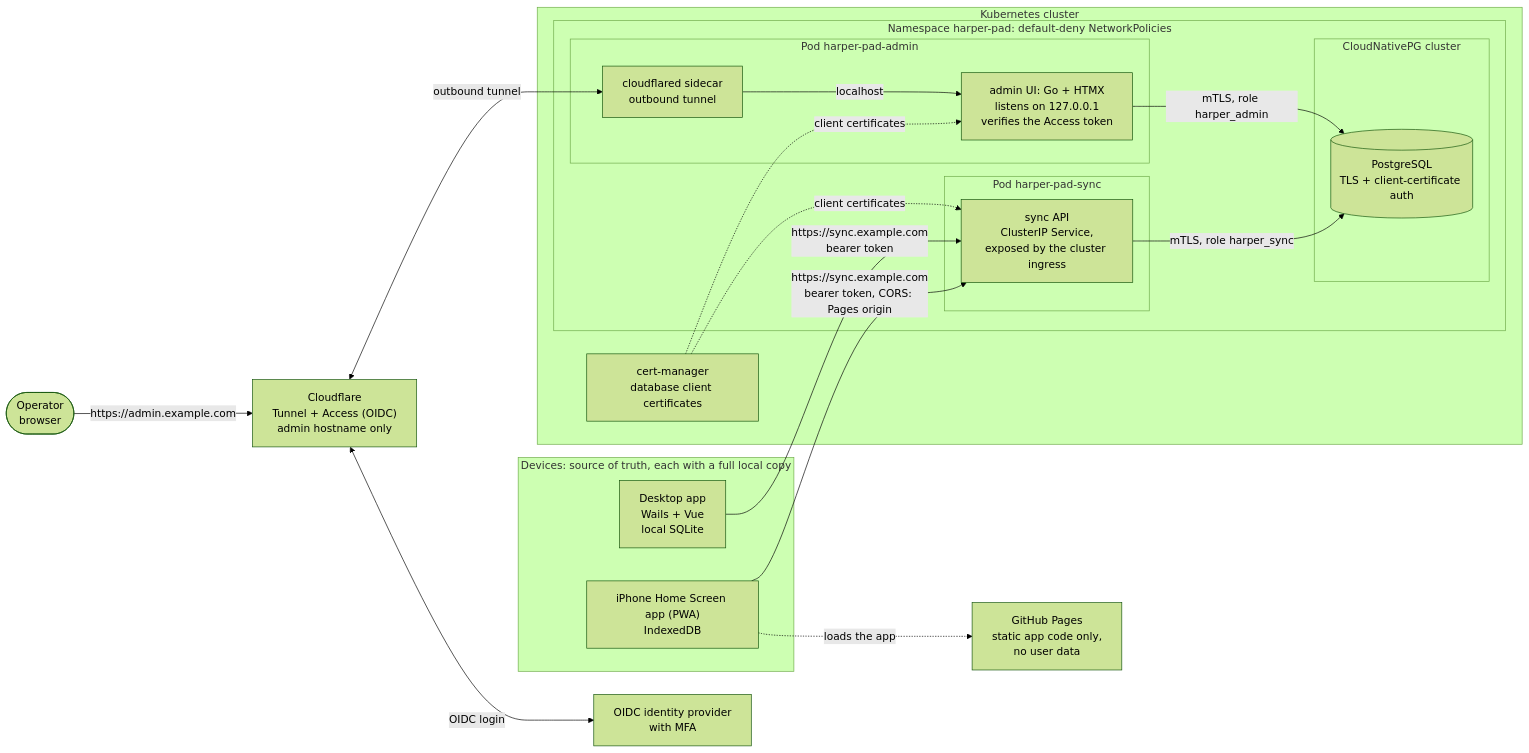
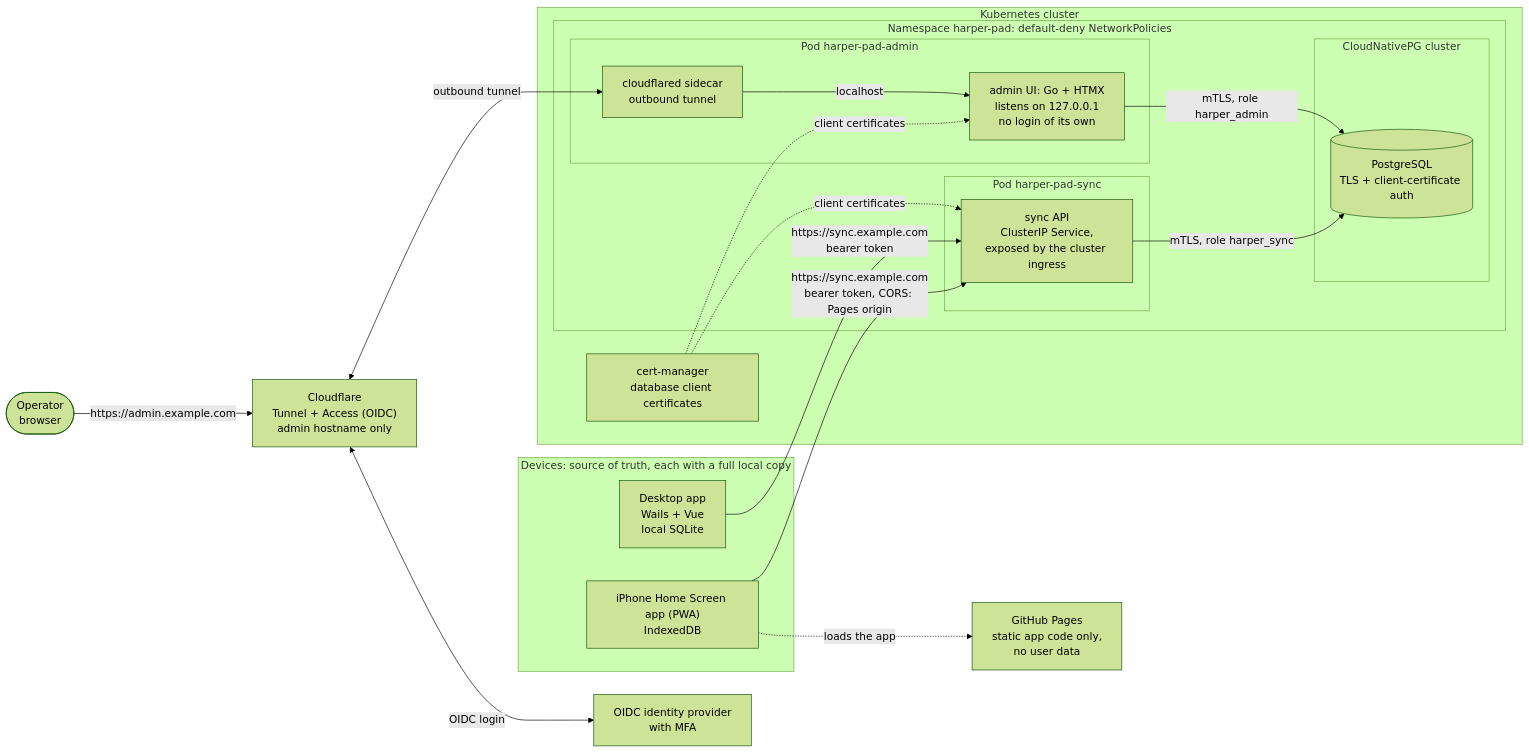
The first of 5 diagrams in docs/sync.md (cthtrifork/harper-pad), drawn with Mermaid (forest theme) before and after one commit. The commit also changed other lines of this file and 2 other files, not shown here.

First line of the commit message:
docs(sync): the admin UI knows nothing about users

````diff
--- a/docs/sync.md
+++ b/docs/sync.md
@@ -84,39 +84,39 @@
 ```mermaid
 flowchart LR
   subgraph clients["Devices: source of truth, each with a full local copy"]
     desktop["Desktop app<br/>Wails + Vue<br/>local SQLite"]
     pwa["iPhone Home Screen app (PWA)<br/>IndexedDB"]
   end
   pages["GitHub Pages<br/>static app code only,<br/>no user data"]
   operator(["Operator<br/>browser"])
   idp["OIDC identity provider<br/>with MFA"]
   cf["Cloudflare<br/>Tunnel + Access (OIDC)<br/>admin hostname only"]
 
   subgraph cluster["Kubernetes cluster"]
     cm["cert-manager<br/>database client certificates"]
     subgraph ns["Namespace harper-pad: default-deny NetworkPolicies"]
       subgraph apipod["Pod harper-pad-sync"]
         api["sync API<br/>ClusterIP Service,<br/>exposed by the cluster ingress"]
       end
       subgraph adminpod["Pod harper-pad-admin"]
         cfd["cloudflared sidecar<br/>outbound tunnel"]
-        admin["admin UI: Go + HTMX<br/>listens on 127.0.0.1<br/>verifies the Access token"]
+        admin["admin UI: Go + HTMX<br/>listens on 127.0.0.1<br/>no login of its own"]
       end
       subgraph cnpg["CloudNativePG cluster"]
         pg[("PostgreSQL<br/>TLS + client-certificate auth")]
       end
     end
   end
 
   pwa -. "loads the app" .-> pages
   desktop -->|"https://sync.example.com<br/>bearer token"| api
   pwa -->|"https://sync.example.com<br/>bearer token, CORS: Pages origin"| api
   operator -->|"https://admin.example.com"| cf
   cf <-->|"OIDC login"| idp
   cf <-->|"outbound tunnel"| cfd
   cfd -->|"localhost"| admin
   api -->|"mTLS, role harper_sync"| pg
   admin -->|"mTLS, role harper_admin"| pg
   cm -. "client certificates" .-> api
   cm -. "client certificates" .-> admin
 ```
````
